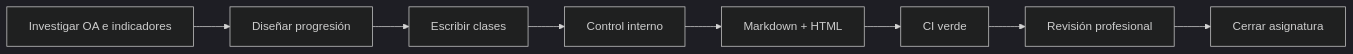
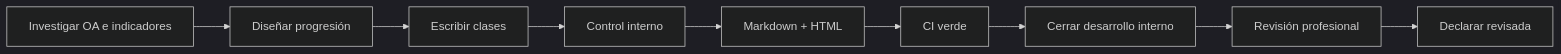
Before and after one commit to vladimiracunadev-create/chilean-school-learning-path: the diagram in docs/PLAN_DESARROLLO.md, drawn with Mermaid (dark theme). The commit also changed other lines of this file and 13 other files, not shown here.

```diff
--- a/docs/PLAN_DESARROLLO.md
+++ b/docs/PLAN_DESARROLLO.md
@@ -11,10 +11,11 @@
 ~~~mermaid
 flowchart LR
     A[Investigar OA e indicadores] --> B[Diseñar progresión]
     B --> C[Escribir clases]
     C --> D[Control interno]
     D --> E[Markdown + HTML]
     E --> F[CI verde]
-    F --> G[Revisión profesional]
-    G --> H[Cerrar asignatura]
+    F --> G[Cerrar desarrollo interno]
+    G --> H[Revisión profesional]
+    H --> I[Declarar revisada]
 ~~~
```
